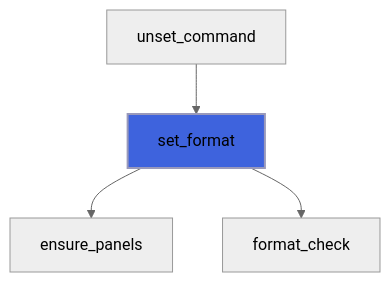
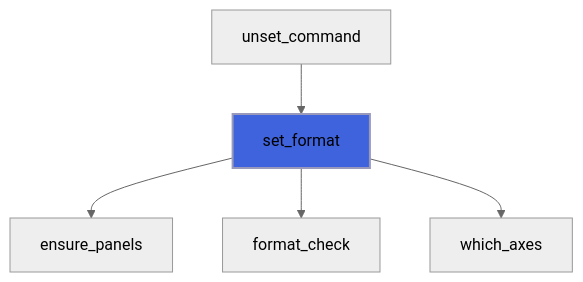
The seventh of 35 diagrams in docs/api/src/lib/foresight_figure.md (szaghi/foresight), drawn with Mermaid (neutral theme) before and after one commit. The commit also changed other lines of this file and 97 other files, not shown here.

````diff
--- a/docs/api/src/lib/foresight_figure.md
+++ b/docs/api/src/lib/foresight_figure.md
@@ -290,7 +311,8 @@
 ```mermaid
 flowchart TD
   unset_command["unset_command"] --> set_format["set_format"]
   set_format["set_format"] --> ensure_panels["ensure_panels"]
   set_format["set_format"] --> format_check["format_check"]
+  set_format["set_format"] --> which_axes["which_axes"]
   style set_format fill:#3e63dd,stroke:#99b,stroke-width:2px
 ```
````
